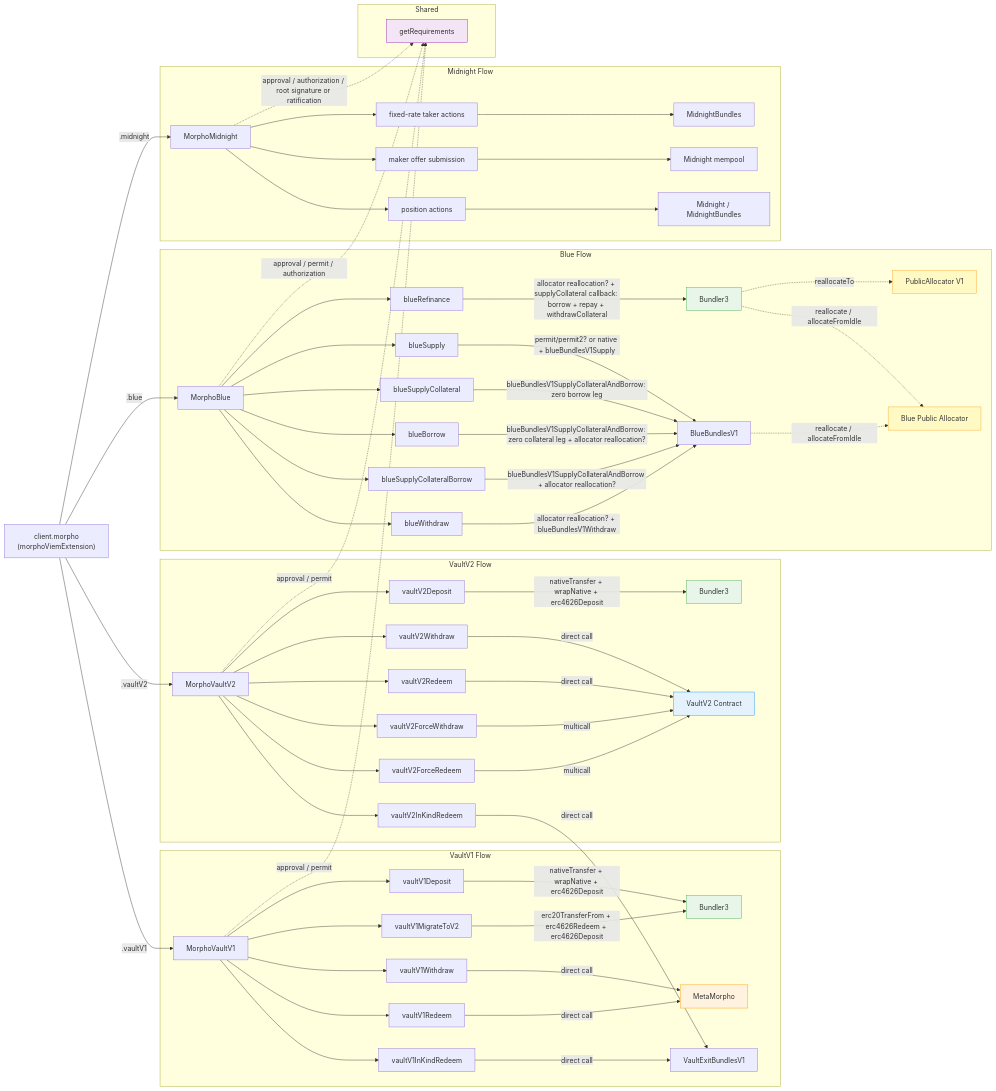
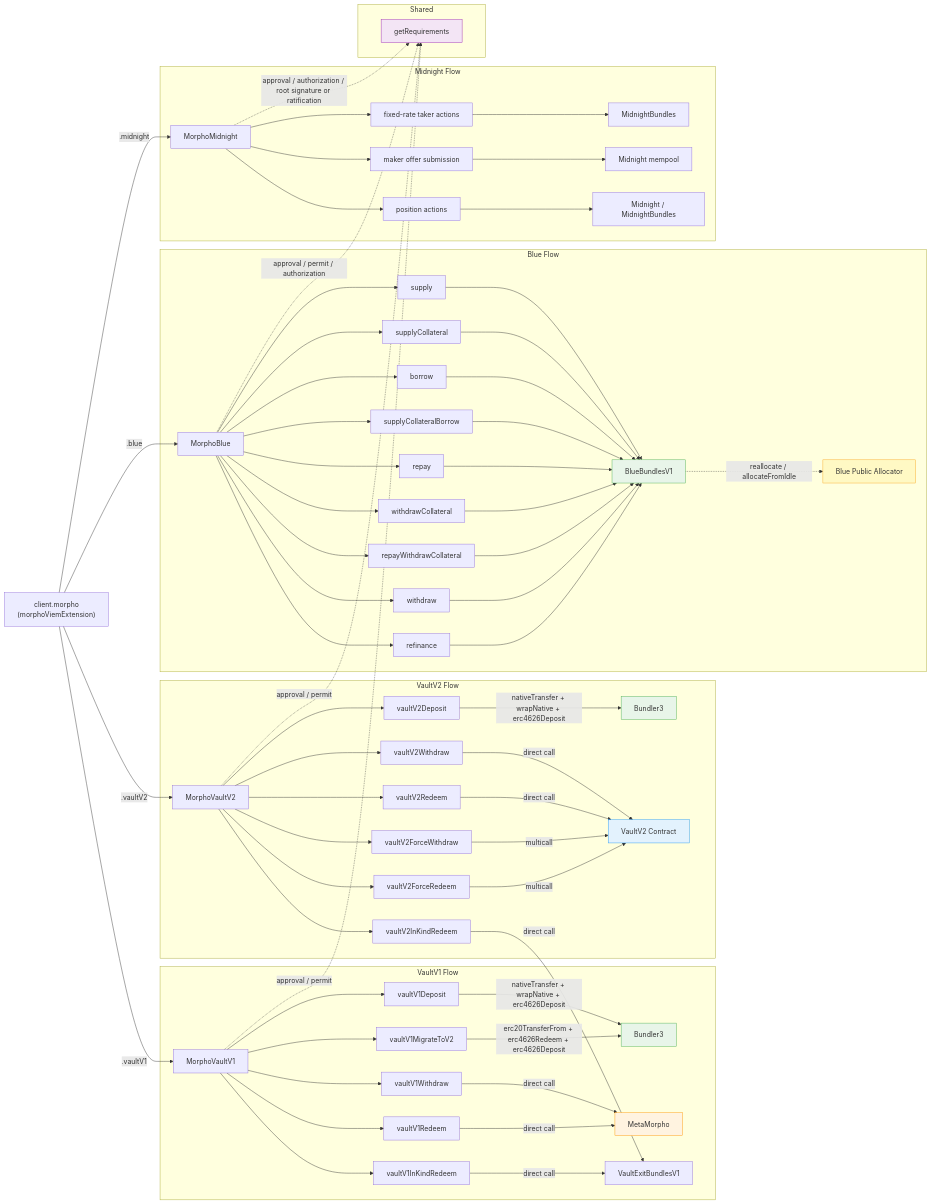
The diagram in packages/morpho-sdk/README.md (morpho-org/sdks), drawn with Mermaid before and after one commit. The commit also changed other lines of this file and 20 other files, not shown here.

First line of the commit message:
docs(morpho-sdk): finish the BlueBundlesV1 migration (#945)

````diff
--- a/packages/morpho-sdk/README.md
+++ b/packages/morpho-sdk/README.md
@@ -232,23 +241,27 @@
 
     subgraph Blue Flow
         MM1[MorphoBlue]
-        MM1 --> M1S[blueSupply]
-        MM1 --> M1SC[blueSupplyCollateral]
-        MM1 --> M1B[blueBorrow]
-        MM1 --> M1SCB[blueSupplyCollateralBorrow]
-        MM1 --> M1W[blueWithdraw]
-        MM1 --> M1RF[blueRefinance]
+        MM1 --> M1S[supply]
+        MM1 --> M1SC[supplyCollateral]
+        MM1 --> M1B[borrow]
+        MM1 --> M1SCB[supplyCollateralBorrow]
+        MM1 --> M1R[repay]
+        MM1 --> M1WC[withdrawCollateral]
+        MM1 --> M1RW[repayWithdrawCollateral]
+        MM1 --> M1W[withdraw]
+        MM1 --> M1M[refinance]
 
-        M1S -->|permit/permit2? or native + blueBundlesV1Supply| BB1[BlueBundlesV1]
-        M1SC -->|blueBundlesV1SupplyCollateralAndBorrow: zero borrow leg| BB1
-        M1B -->|blueBundlesV1SupplyCollateralAndBorrow: zero collateral leg + allocator reallocation?| BB1
-        M1SCB -->|blueBundlesV1SupplyCollateralAndBorrow + allocator reallocation?| BB1
-        M1W -->|allocator reallocation? + blueBundlesV1Withdraw| BB1
-        M1RF -->|allocator reallocation? + supplyCollateral callback: borrow + repay + withdrawCollateral| B3[Bundler3]
+        M1S --> BBV1[BlueBundlesV1]
+        M1SC --> BBV1
+        M1B --> BBV1
+        M1SCB --> BBV1
+        M1R --> BBV1
+        M1WC --> BBV1
+        M1RW --> BBV1
+        M1W --> BBV1
+        M1M --> BBV1
 
-        B3 -.->|reallocateTo| PA1[PublicAllocator V1]
-        B3 -.->|reallocate / allocateFromIdle| BPA[Blue Public Allocator]
-        BB1 -.->|reallocate / allocateFromIdle| BPA
+        BBV1 -.->|reallocate / allocateFromIdle| BPA[Blue Public Allocator]
     end
 
     subgraph Midnight Flow
@@ -273,10 +286,9 @@
 
     style B1 fill:#e8f5e9,stroke:#4caf50
     style B2 fill:#e8f5e9,stroke:#4caf50
-    style B3 fill:#e8f5e9,stroke:#4caf50
+    style BBV1 fill:#e8f5e9,stroke:#4caf50
     style MM fill:#fff3e0,stroke:#ff9800
     style V2C fill:#e3f2fd,stroke:#2196f3
     style REQ fill:#f3e5f5,stroke:#9c27b0
-    style PA1 fill:#fff9c4,stroke:#f9a825
     style BPA fill:#fff9c4,stroke:#f9a825
 ```
````
